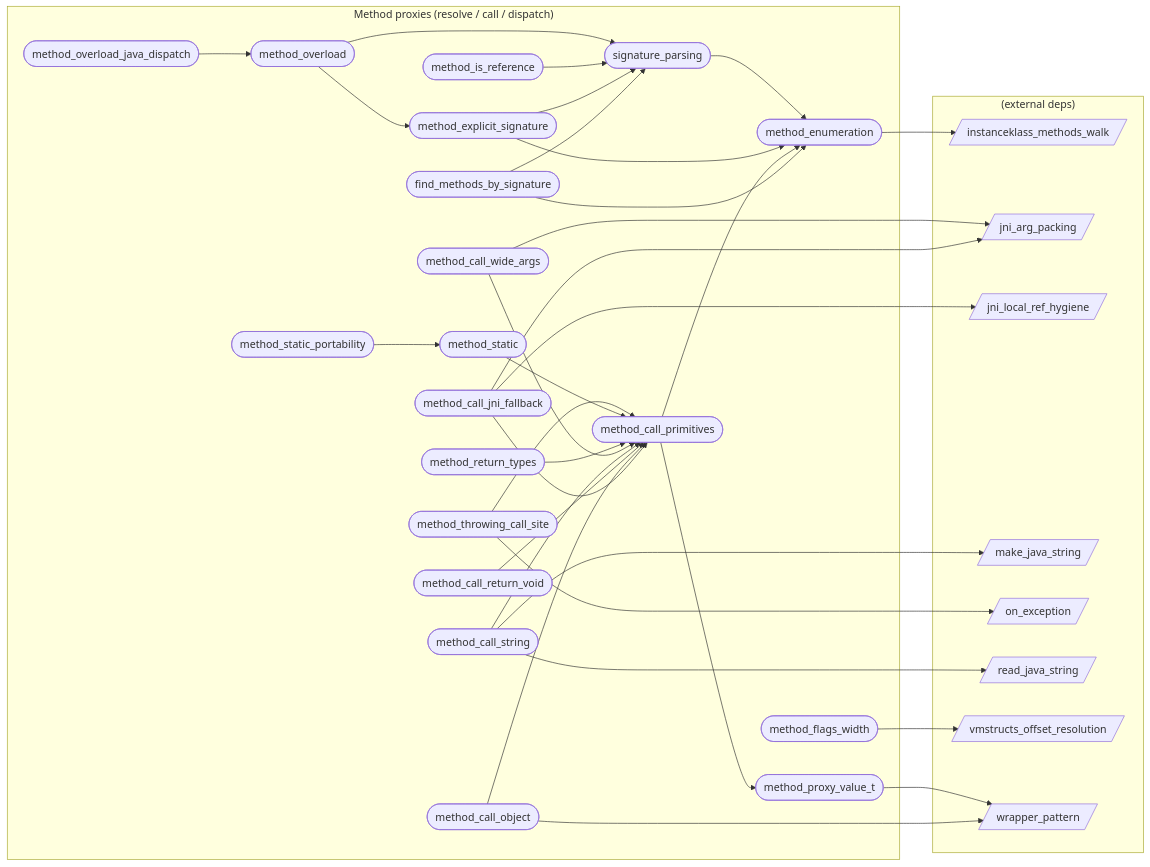
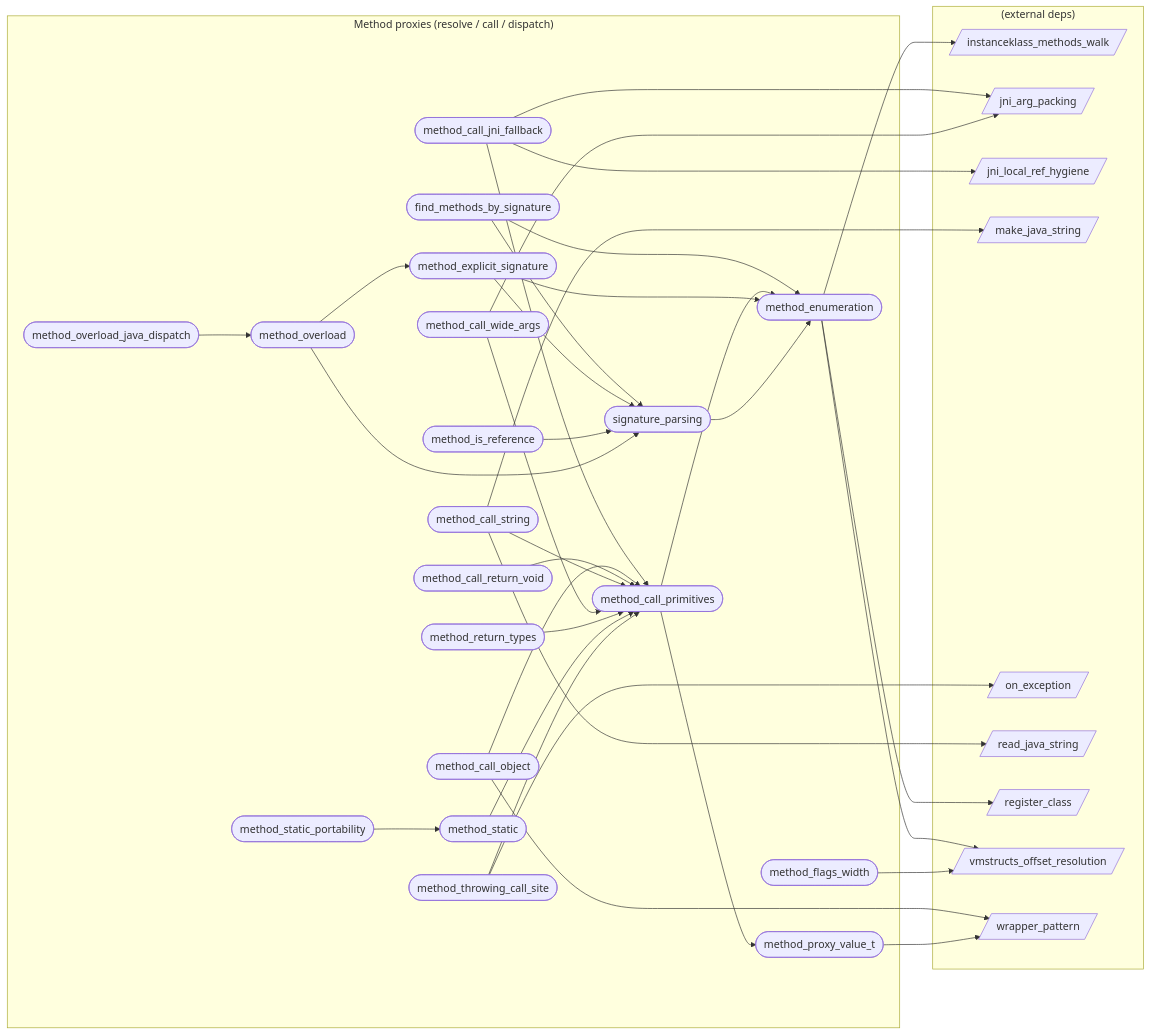
Before and after one commit to xxxnpno/VMHook: the diagram in audit/graph/categories/method.md, drawn with Mermaid. The commit also changed other lines of this file and 21 other files, not shown here.

First line of the commit message:
docs(audit/features): enrich midi2i_trampoline_alloc, method_entry_points_i2i_i2c, method_enumeration, register_class, read_java_string

````diff
--- a/audit/graph/categories/method.md
+++ b/audit/graph/categories/method.md
@@ -36,64 +36,67 @@
 ```mermaid
 flowchart LR
   subgraph method["Method proxies (resolve / call / dispatch)"]
     find_methods_by_signature([find_methods_by_signature])
     method_call_jni_fallback([method_call_jni_fallback])
     method_call_object([method_call_object])
     method_call_primitives([method_call_primitives])
     method_call_return_void([method_call_return_void])
     method_call_string([method_call_string])
     method_call_wide_args([method_call_wide_args])
     method_enumeration([method_enumeration])
     method_explicit_signature([method_explicit_signature])
     method_flags_width([method_flags_width])
     method_is_reference([method_is_reference])
     method_overload([method_overload])
     method_overload_java_dispatch([method_overload_java_dispatch])
     method_proxy_value_t([method_proxy_value_t])
     method_return_types([method_return_types])
     method_static([method_static])
     method_static_portability([method_static_portability])
     method_throwing_call_site([method_throwing_call_site])
     signature_parsing([signature_parsing])
   end
   subgraph external["(external deps)"]
     instanceklass_methods_walk[/instanceklass_methods_walk/]
     jni_arg_packing[/jni_arg_packing/]
     jni_local_ref_hygiene[/jni_local_ref_hygiene/]
     make_java_string[/make_java_string/]
     on_exception[/on_exception/]
     read_java_string[/read_java_string/]
+    register_class[/register_class/]
     vmstructs_offset_resolution[/vmstructs_offset_resolution/]
     wrapper_pattern[/wrapper_pattern/]
   end
   find_methods_by_signature --> signature_parsing
   find_methods_by_signature --> method_enumeration
   method_call_jni_fallback --> method_call_primitives
   method_call_jni_fallback --> jni_arg_packing
   method_call_jni_fallback --> jni_local_ref_hygiene
   method_call_object --> method_call_primitives
   method_call_object --> wrapper_pattern
   method_call_primitives --> method_proxy_value_t
   method_call_primitives --> method_enumeration
   method_call_return_void --> method_call_primitives
   method_call_string --> method_call_primitives
   method_call_string --> make_java_string
   method_call_string --> read_java_string
   method_call_wide_args --> method_call_primitives
   method_call_wide_args --> jni_arg_packing
   method_enumeration --> instanceklass_methods_walk
+  method_enumeration --> vmstructs_offset_resolution
+  method_enumeration --> register_class
   method_explicit_signature --> signature_parsing
   method_explicit_signature --> method_enumeration
   method_flags_width --> vmstructs_offset_resolution
   method_is_reference --> signature_parsing
   method_overload --> signature_parsing
   method_overload --> method_explicit_signature
   method_overload_java_dispatch --> method_overload
   method_proxy_value_t --> wrapper_pattern
   method_return_types --> method_call_primitives
   method_static --> method_call_primitives
   method_static_portability --> method_static
   method_throwing_call_site --> method_call_primitives
   method_throwing_call_site --> on_exception
   signature_parsing --> method_enumeration
 ```
````
